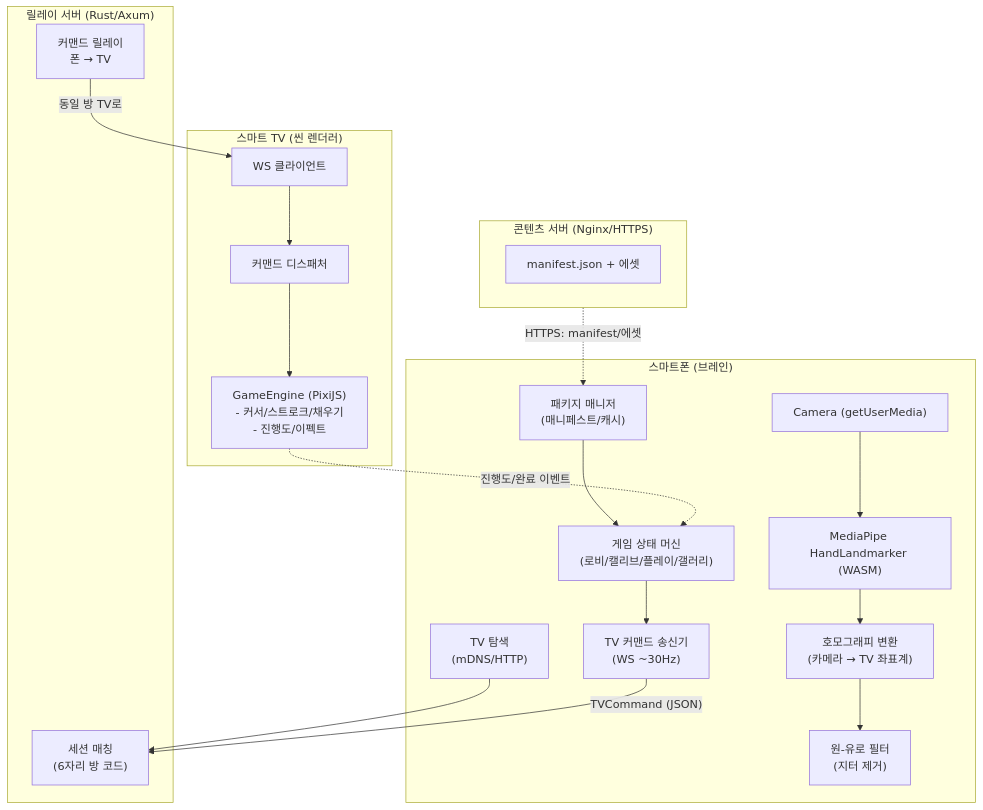
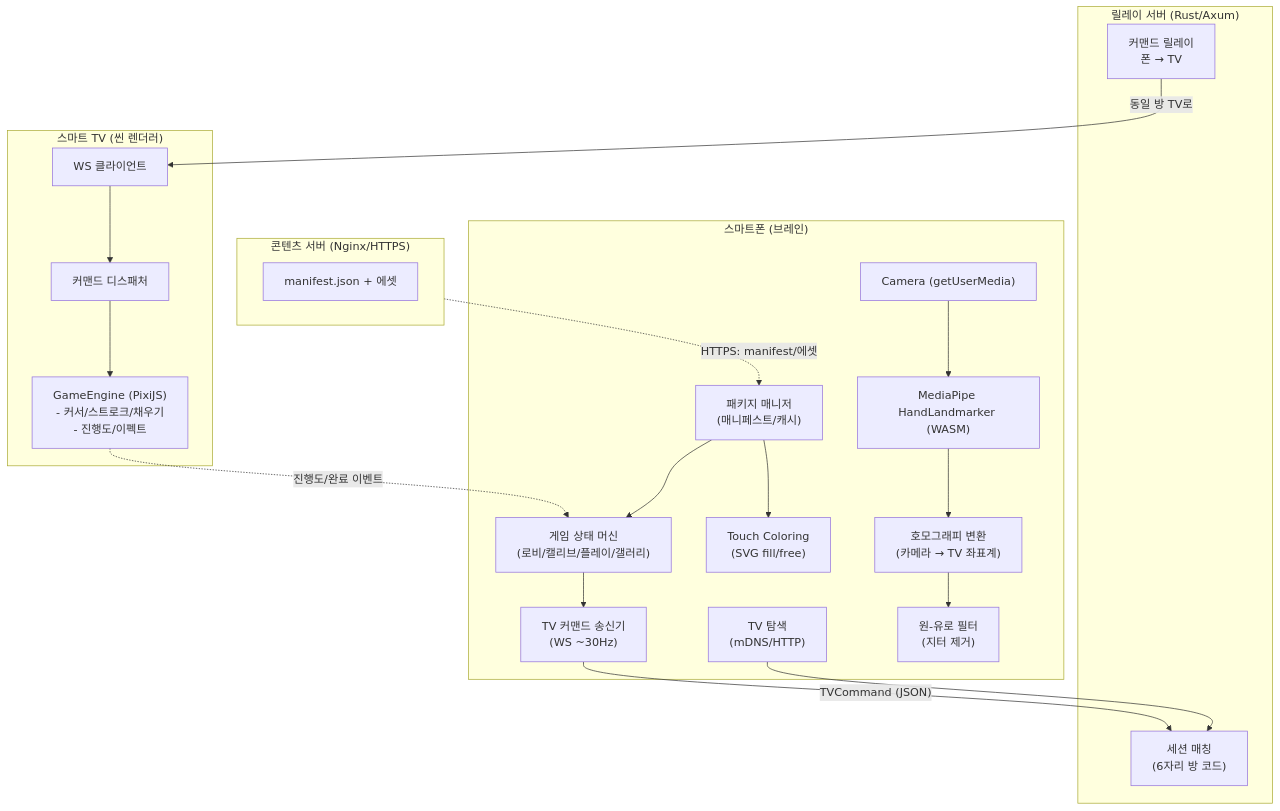
The first of 2 diagrams in docs/architecture.md (devcy0922/aircanvas-kids), drawn with Mermaid before and after one commit. The commit also changed other lines of this file and 10 other files, not shown here.

````diff
--- a/docs/architecture.md
+++ b/docs/architecture.md
@@ -143,38 +170,40 @@
 ```mermaid
 flowchart TB
     subgraph ContentServer["콘텐츠 서버 (Nginx/HTTPS)"]
         MANIFEST["manifest.json + 에셋"]
     end
 
     subgraph Phone["스마트폰 (브레인)"]
+        TOUCH["Touch Coloring\n(SVG fill/free)"]
         CAM["Camera (getUserMedia)"]
         MP["MediaPipe HandLandmarker (WASM)"]
         CAL["호모그래피 변환\n(카메라 → TV 좌표계)"]
         SMOOTH["원-유로 필터\n(지터 제거)"]
         PKG["패키지 매니저\n(매니페스트/캐시)"]
         DISCOVERY["TV 탐색\n(mDNS/HTTP)"]
         STATE["게임 상태 머신\n(로비/캘리브/플레이/갤러리)"]
         CMD["TV 커맨드 송신기\n(WS ~30Hz)"]
     end
 
     subgraph Server["릴레이 서버 (Rust/Axum)"]
         MATCH["세션 매칭\n(6자리 방 코드)"]
         RELAY["커맨드 릴레이\n폰 → TV"]
     end
 
     subgraph TV["스마트 TV (씬 렌더러)"]
         WS["WS 클라이언트"]
         DISPATCH["커맨드 디스패처"]
         ENGINE["GameEngine (PixiJS)\n- 커서/스트로크/채우기\n- 진행도/이펙트"]
     end
 
     ContentServer -. "HTTPS: manifest/에셋" .-> PKG
+    PKG --> TOUCH
     CAM --> MP --> CAL --> SMOOTH
     DISCOVERY --> MATCH
     PKG --> STATE
     STATE --> CMD
     CMD -- "TVCommand (JSON)" --> MATCH
     RELAY -- "동일 방 TV로" --> WS
     WS --> DISPATCH --> ENGINE
     ENGINE -. "진행도/완료 이벤트" .-> STATE
 ```
````
